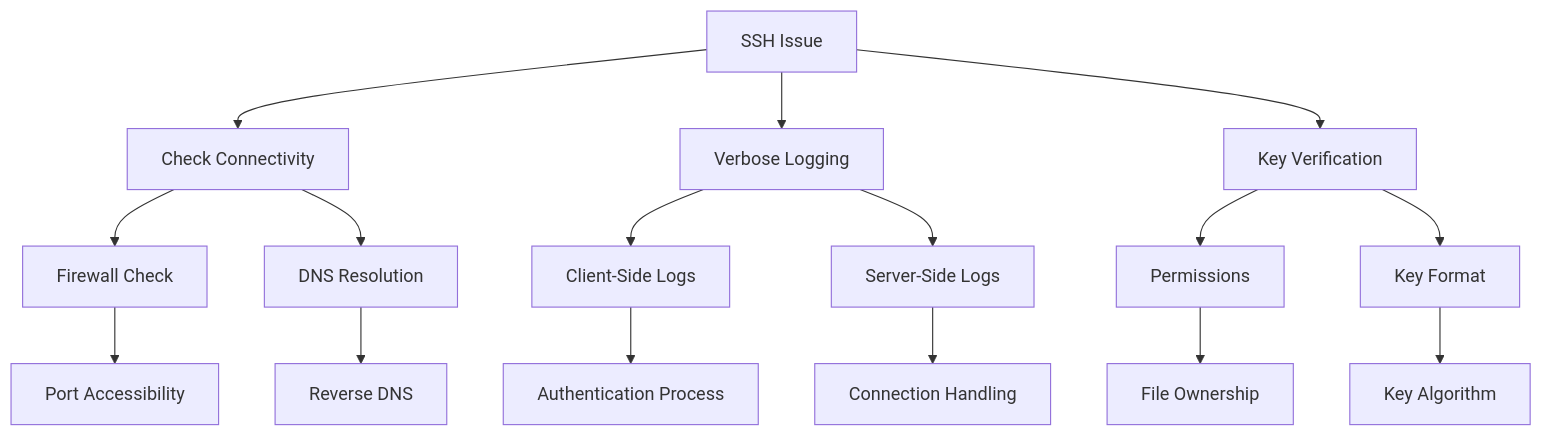
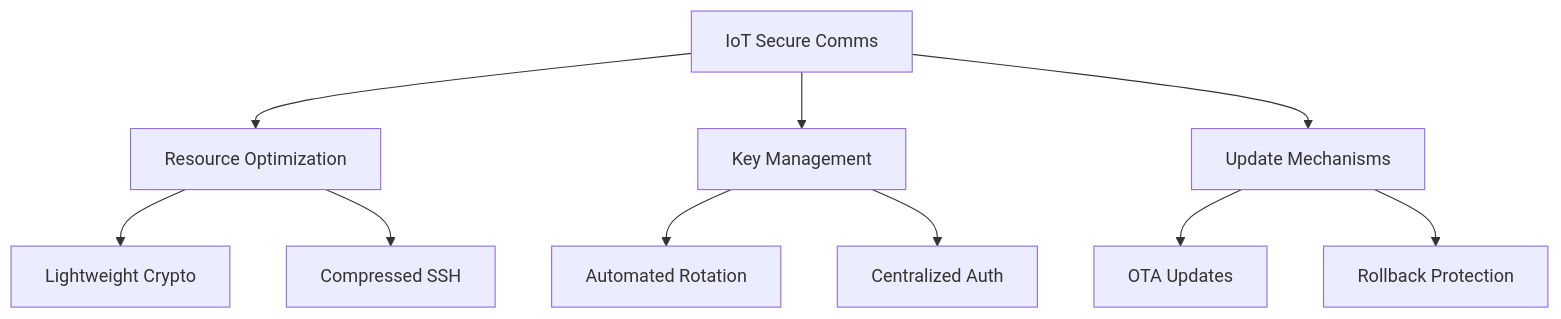
The fifth of 5 diagrams in mastering-ssh-part-one/4 - Advanced SSH Techniques.md (cipherbite/mastering-linux), drawn with Mermaid before and after one commit. The commit also changed other lines of this file, not shown here.

Commit message:
Update 4 - Advanced SSH Techniques.md

````diff
--- a/mastering-ssh-part-one/4 - Advanced SSH Techniques.md
+++ b/mastering-ssh-part-one/4 - Advanced SSH Techniques.md
@@ -432,18 +572,12 @@
 ```mermaid
 graph TD
-    A[SSH Issue] --> B[Check Connectivity]
-    A --> C[Verbose Logging]
-    A --> D[Key Verification]
-    B --> E[Firewall Check]
-    B --> F[DNS Resolution]
-    C --> G[Client-Side Logs]
-    C --> H[Server-Side Logs]
-    D --> I[Permissions]
-    D --> J[Key Format]
-    E --> K[Port Accessibility]
-    F --> L[Reverse DNS]
-    G --> M[Authentication Process]
-    H --> N[Connection Handling]
-    I --> O[File Ownership]
-    J --> P[Key Algorithm]
+    A[IoT Secure Comms] --> B[Resource Optimization]
+    A --> C[Key Management]
+    A --> D[Update Mechanisms]
+    B --> E[Lightweight Crypto]
+    B --> F[Compressed SSH]
+    C --> G[Automated Rotation]
+    C --> H[Centralized Auth]
+    D --> I[OTA Updates]
+    D --> J[Rollback Protection]
 ```
````
